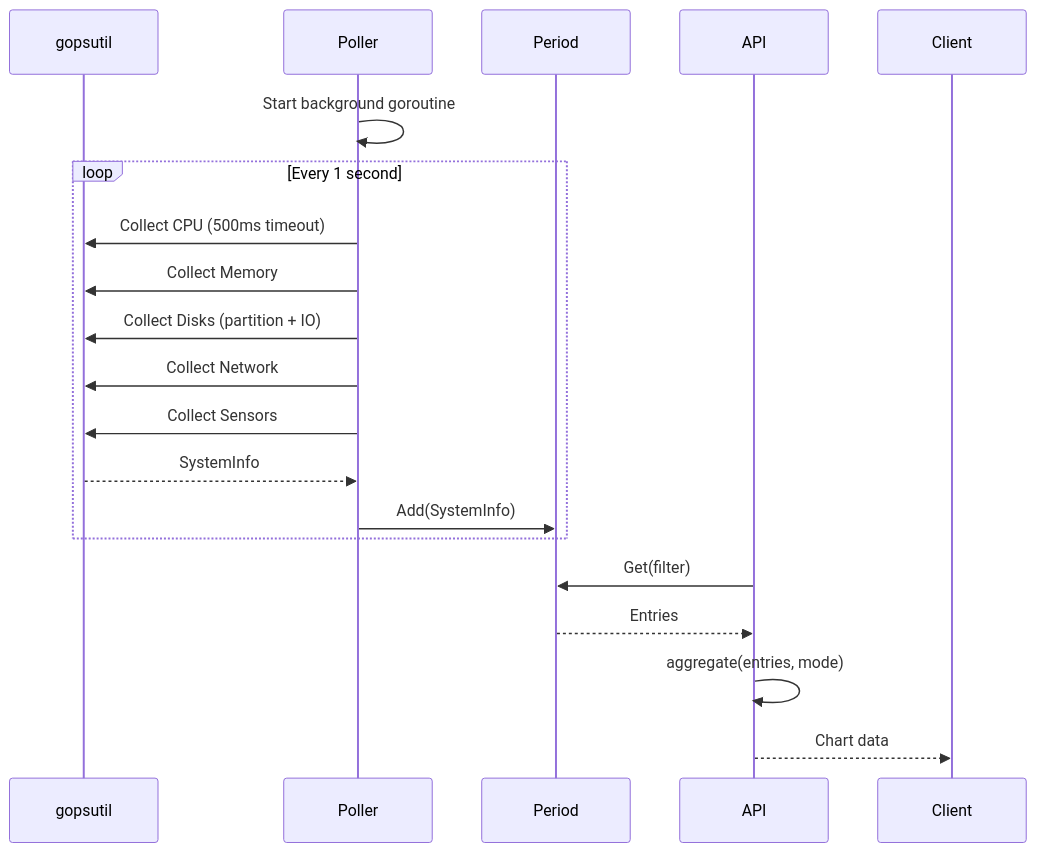
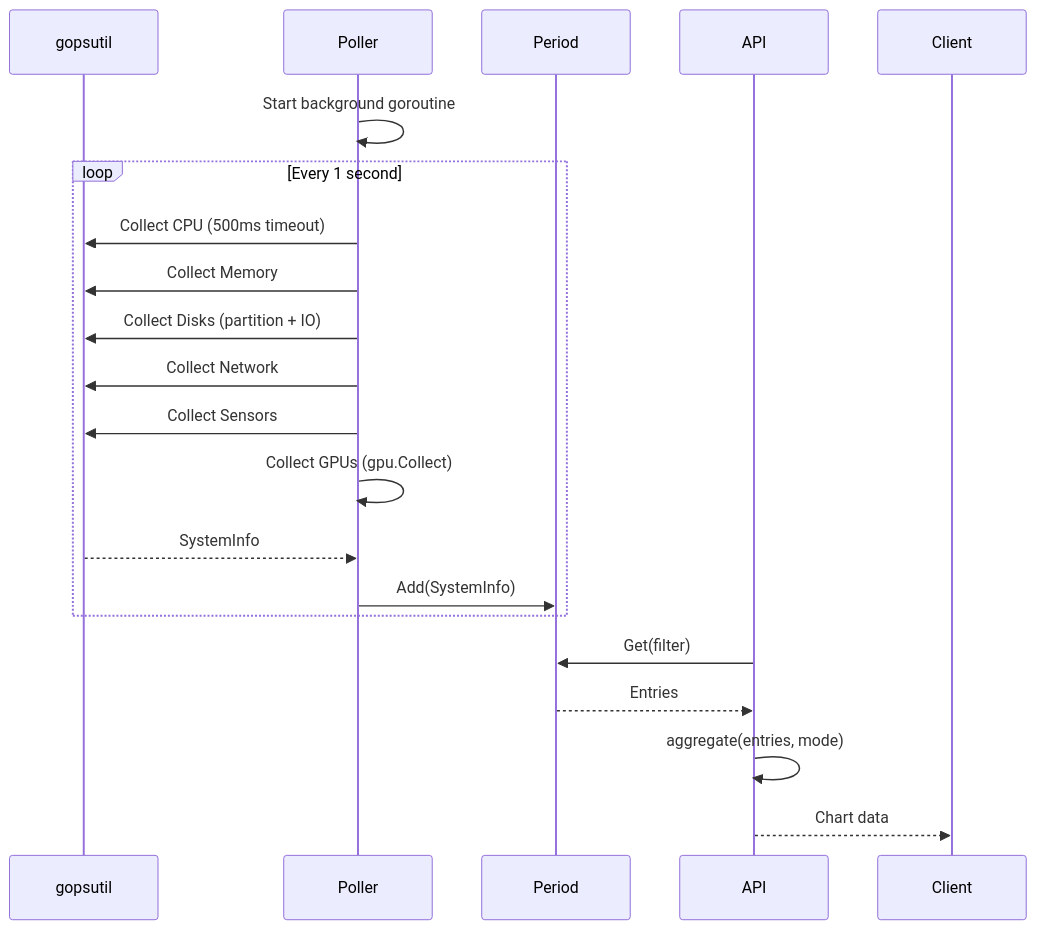
Before and after one commit to yusing/godoxy-wiki: the second of 2 diagrams in content/docs/impl/internal-metrics-systeminfo.mdx, drawn with Mermaid. The commit also changed other lines of this file and 5 other files, not shown here.

````diff
--- a/content/docs/impl/internal-metrics-systeminfo.mdx
+++ b/content/docs/impl/internal-metrics-systeminfo.mdx
@@ -186,25 +191,26 @@
 ```mermaid
 sequenceDiagram
     participant gopsutil
     participant Poller
     participant Period
     participant API
 
     Poller->>Poller: Start background goroutine
 
     loop Every 1 second
         Poller->>gopsutil: Collect CPU (500ms timeout)
         Poller->>gopsutil: Collect Memory
         Poller->>gopsutil: Collect Disks (partition + IO)
         Poller->>gopsutil: Collect Network
         Poller->>gopsutil: Collect Sensors
+        Poller->>Poller: Collect GPUs (gpu.Collect)
 
         gopsutil-->>Poller: SystemInfo
         Poller->>Period: Add(SystemInfo)
     end
 
     API->>Period: Get(filter)
     Period-->>API: Entries
     API->>API: aggregate(entries, mode)
     API-->>Client: Chart data
 ```
````
